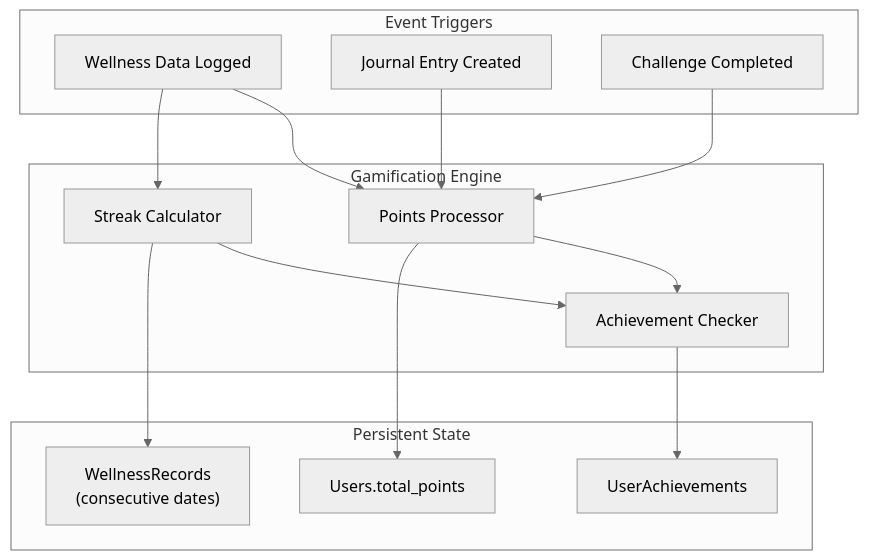
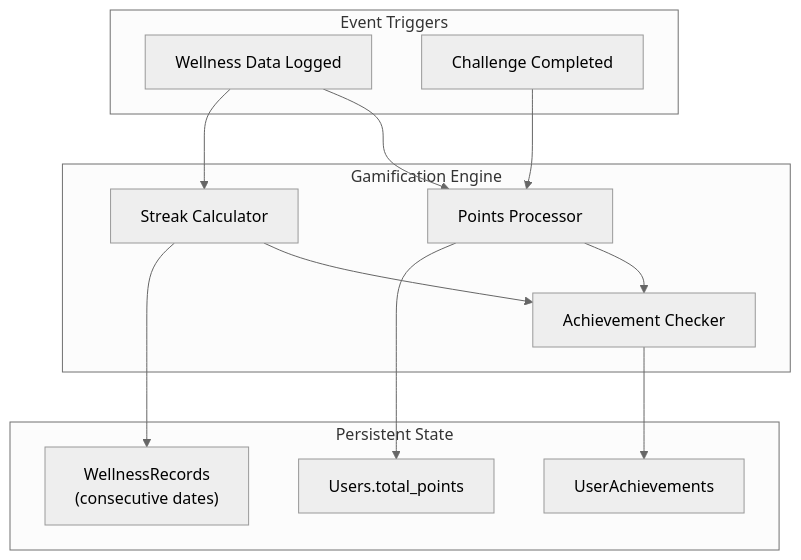
One commit to goxxie08/Wellvia changed diagram 16 of 21 in ARCHITECTURE.md. Above: the diagram before and after it, drawn with Mermaid (neutral theme). The commit also changed other lines of this file and 2 other files, not shown here.

Commit message:
docs: remove journal feature references

````diff
--- a/ARCHITECTURE.md
+++ b/ARCHITECTURE.md
@@ -1084,31 +1018,29 @@
 ```mermaid
 flowchart TD
     subgraph Triggers["Event Triggers"]
         T1["Wellness Data Logged"]
-        T2["Journal Entry Created"]
         T3["Challenge Completed"]
     end
 
     subgraph Engine["Gamification Engine"]
         E1["Points Processor"]
         E2["Streak Calculator"]
         E3["Achievement Checker"]
     end
 
     subgraph Storage["Persistent State"]
         S1["Users.total_points"]
         S2["WellnessRecords<br/>(consecutive dates)"]
         S3["UserAchievements"]
     end
 
     T1 --> E1
-    T2 --> E1
     T3 --> E1
     T1 --> E2
     E1 --> E3
     E2 --> E3
 
     E1 --> S1
     E2 --> S2
     E3 --> S3
 ```
````
